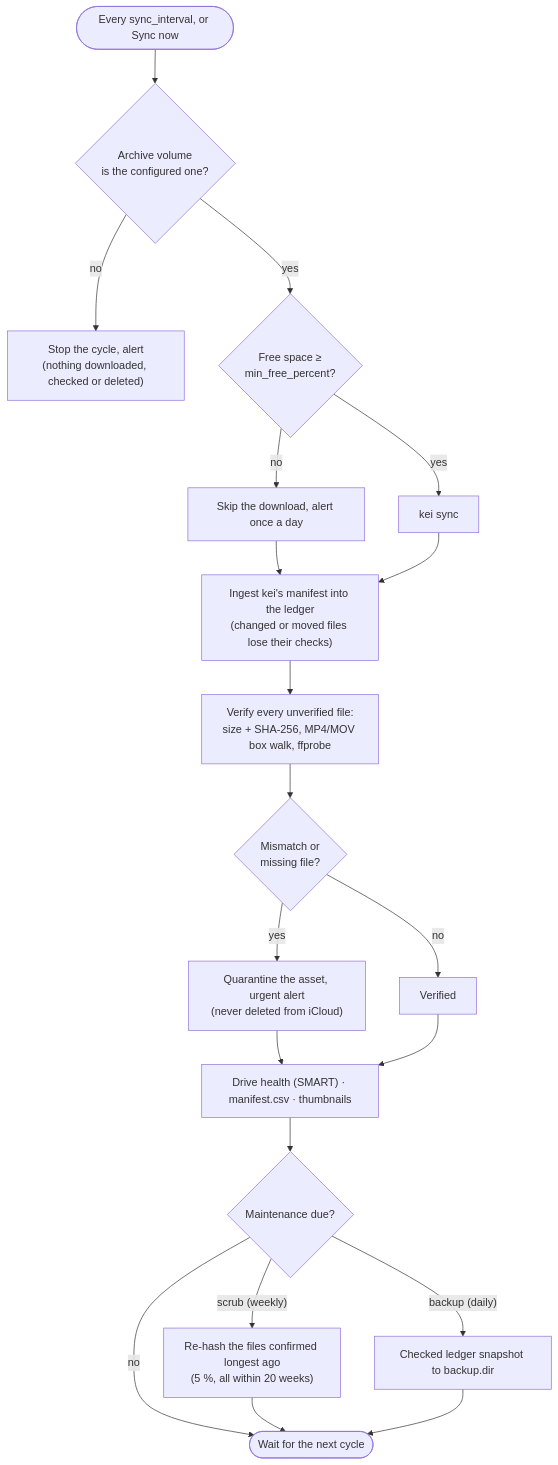
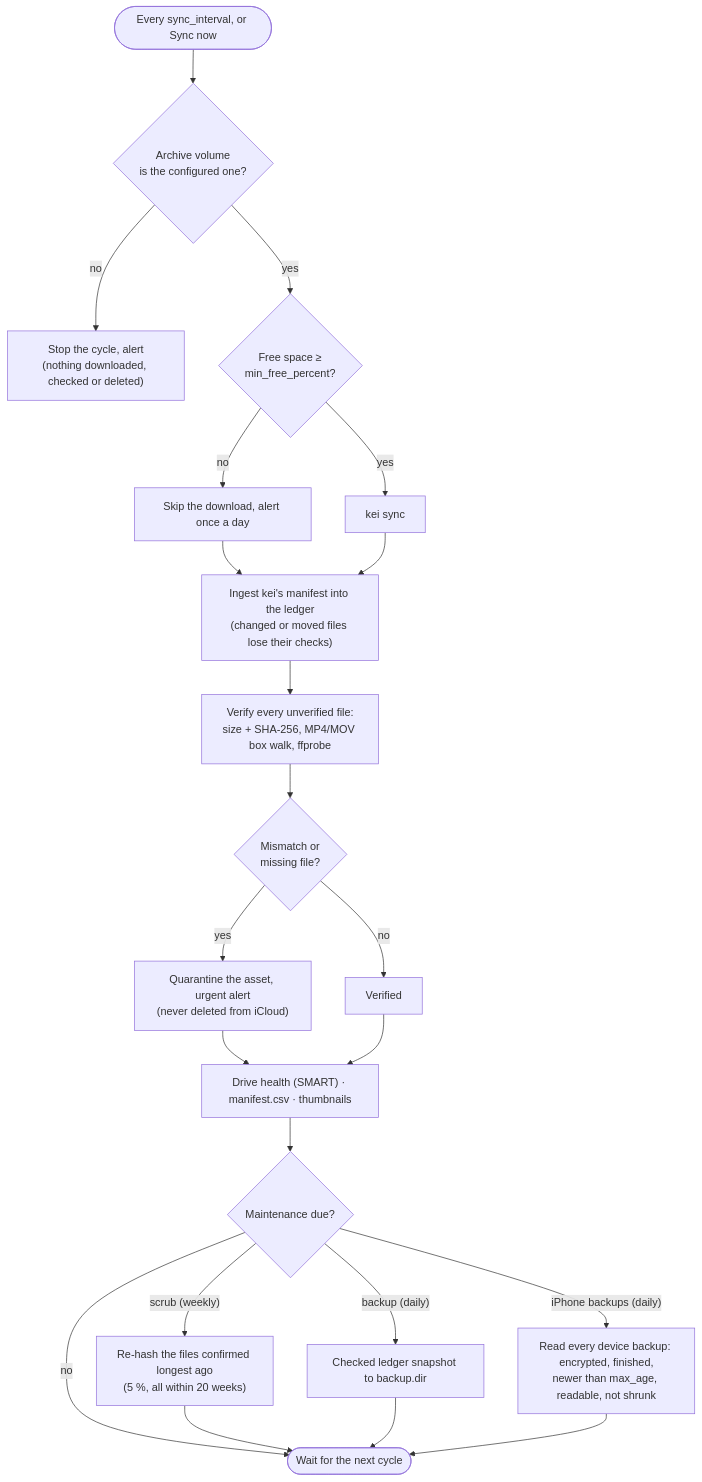
Before and after one commit to vasilistotskas/homecloud: the second of 2 diagrams in README.md, drawn with Mermaid. The commit also changed other lines of this file and 33 other files, not shown here.

````diff
--- a/README.md
+++ b/README.md
@@ -66,22 +75,24 @@
 ```mermaid
 flowchart TD
     start(["Every sync_interval, or Sync now"]) --> vol{"Archive volume<br/>is the configured one?"}
     vol -- no --> stop["Stop the cycle, alert<br/>(nothing downloaded, checked or deleted)"]
     vol -- yes --> space{"Free space ≥<br/>min_free_percent?"}
     space -- no --> skip["Skip the download, alert once a day"]
     space -- yes --> kei["kei sync"]
     skip --> ingest
     kei --> ingest["Ingest kei's manifest into the ledger<br/>(changed or moved files lose their checks)"]
     ingest --> verify["Verify every unverified file:<br/>size + SHA-256, MP4/MOV box walk, ffprobe"]
     verify --> bad{"Mismatch or<br/>missing file?"}
     bad -- yes --> q["Quarantine the asset, urgent alert<br/>(never deleted from iCloud)"]
     bad -- no --> ok["Verified"]
     q --> after
     ok --> after["Drive health (SMART) · manifest.csv · thumbnails"]
     after --> due{"Maintenance due?"}
     due -- "scrub (weekly)" --> scrub["Re-hash the files confirmed longest ago<br/>(5 %, all within 20 weeks)"]
     due -- "backup (daily)" --> snap["Checked ledger snapshot to backup.dir"]
+    due -- "iPhone backups (daily)" --> phone["Read every device backup: encrypted, finished,<br/>newer than max_age, readable, not shrunk"]
     due -- no --> wait(["Wait for the next cycle"])
     scrub --> wait
     snap --> wait
+    phone --> wait
 ```
````
